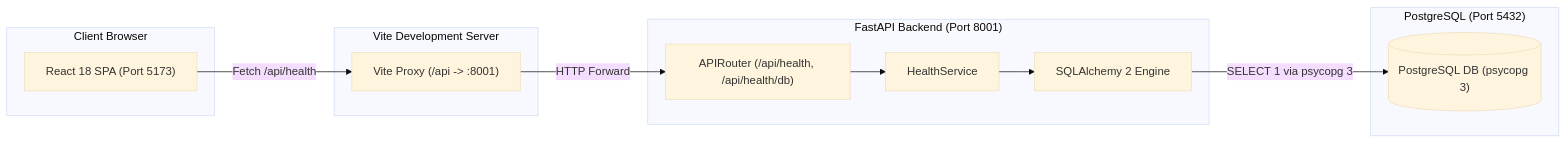
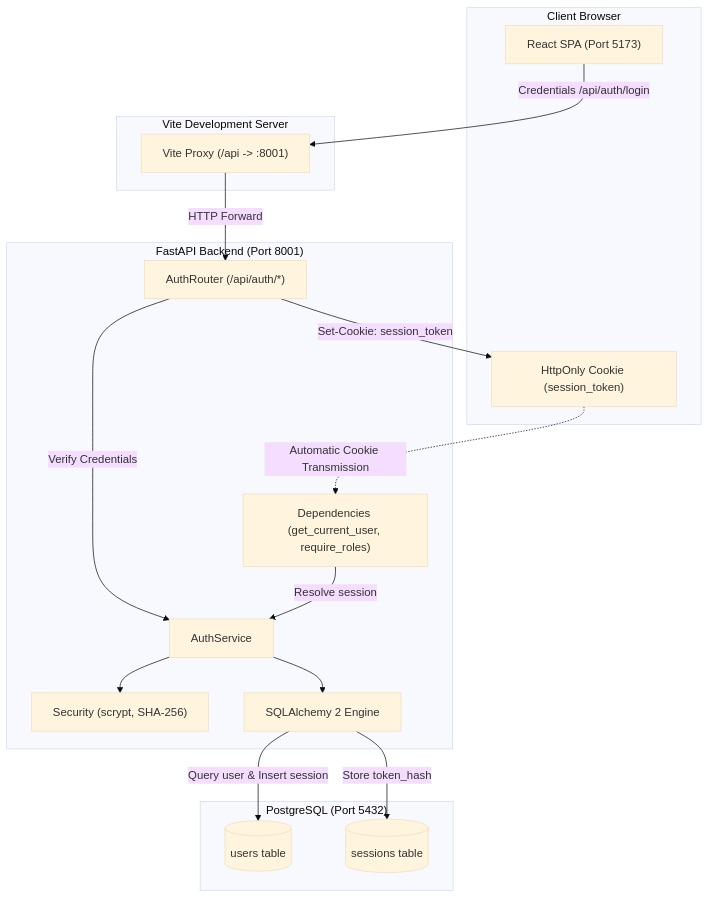
Before and after one commit to adexo-77/university-internship-platform: the diagram in docs/architecture.md, drawn with Mermaid (base theme). The commit also changed other lines of this file and 3 other files, not shown here.

Commit message:
docs(auth): document ER diagram, architecture, and deployment procedures

````diff
--- a/docs/architecture.md
+++ b/docs/architecture.md
@@ -9,26 +9,35 @@
 ```mermaid
-flowchart LR
+flowchart TD
     subgraph Browser ["Client Browser"]
-        UI["React 18 SPA (Port 5173)"]
+        SPA["React SPA (Port 5173)"]
+        CookieStorage["HttpOnly Cookie (session_token)"]
     end
 
     subgraph ViteServer ["Vite Development Server"]
         Proxy["Vite Proxy (/api -> :8001)"]
     end
 
     subgraph BackendApp ["FastAPI Backend (Port 8001)"]
-        Router["APIRouter (/api/health, /api/health/db)"]
-        Service["HealthService"]
+        AuthRouter["AuthRouter (/api/auth/*)"]
+        Deps["Dependencies (get_current_user, require_roles)"]
+        AuthService["AuthService"]
+        Security["Security (scrypt, SHA-256)"]
         DBEngine["SQLAlchemy 2 Engine"]
     end
 
     subgraph Database ["PostgreSQL (Port 5432)"]
-        Postgres[("PostgreSQL DB (psycopg 3)")]
+        UsersTable[("users table")]
+        SessionsTable[("sessions table")]
     end
 
-    UI -->|"Fetch /api/health"| Proxy
-    Proxy -->|"HTTP Forward"| Router
-    Router --> Service
-    Service --> DBEngine
-    DBEngine -->|"SELECT 1 via psycopg 3"| Postgres
+    SPA -->|"Credentials /api/auth/login"| Proxy
+    Proxy -->|"HTTP Forward"| AuthRouter
+    AuthRouter -->|"Verify Credentials"| AuthService
+    AuthService --> Security
+    AuthService --> DBEngine
+    DBEngine -->|"Query user & Insert session"| UsersTable
+    DBEngine -->|"Store token_hash"| SessionsTable
+    AuthRouter -->|"Set-Cookie: session_token"| CookieStorage
+    CookieStorage -.->|"Automatic Cookie Transmission"| Deps
+    Deps -->|"Resolve session"| AuthService
 ```
````
